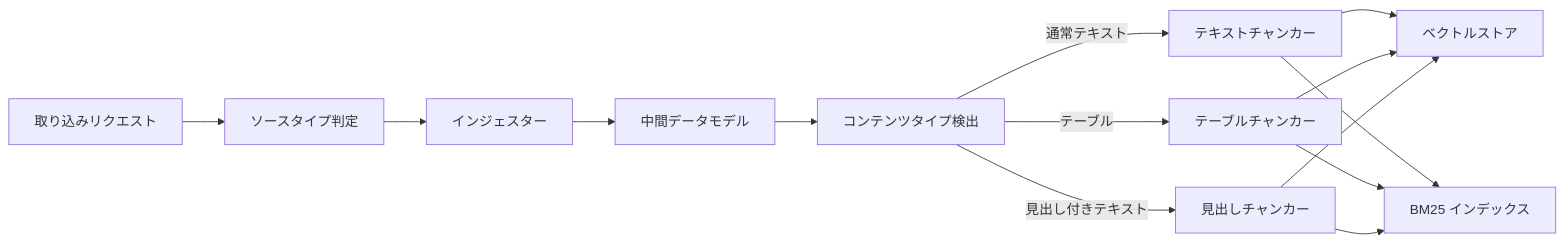
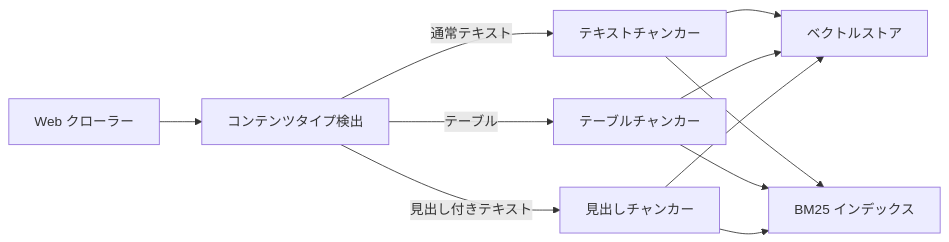
Before and after one commit to becky3/rag-knowledge: the second of 4 diagrams in docs/specs/rag-knowledge.md, drawn with Mermaid. The commit also changed other lines of this file and 13 other files, not shown here.

````diff
--- a/docs/specs/rag-knowledge.md
+++ b/docs/specs/rag-knowledge.md
@@ -209,16 +108,13 @@
 ```mermaid
 flowchart LR
-    REQ["取り込みリクエスト"] --> ROUTE["ソースタイプ判定"]
-    ROUTE --> ING["インジェスター"]
-    ING --> IC["中間データモデル"]
-    IC --> DETECT["コンテンツタイプ検出"]
+    CRAWL["Web クローラー"] --> DETECT["コンテンツタイプ検出"]
     DETECT -->|通常テキスト| CP["テキストチャンカー"]
     DETECT -->|テーブル| CT["テーブルチャンカー"]
     DETECT -->|見出し付きテキスト| CH["見出しチャンカー"]
     CP --> VS["ベクトルストア"]
     CT --> VS
     CH --> VS
     CP --> BM["BM25 インデックス"]
     CT --> BM
     CH --> BM
 ```
````
